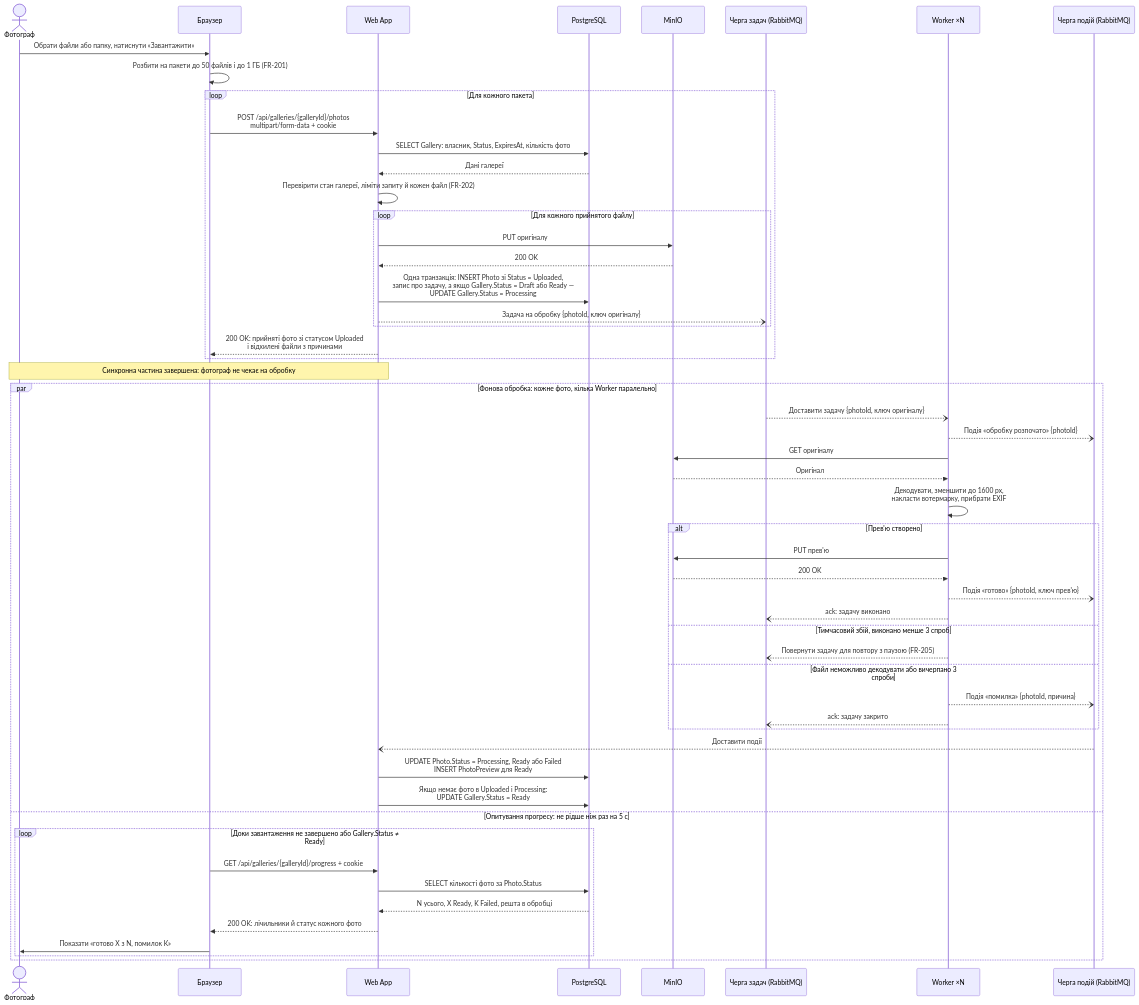
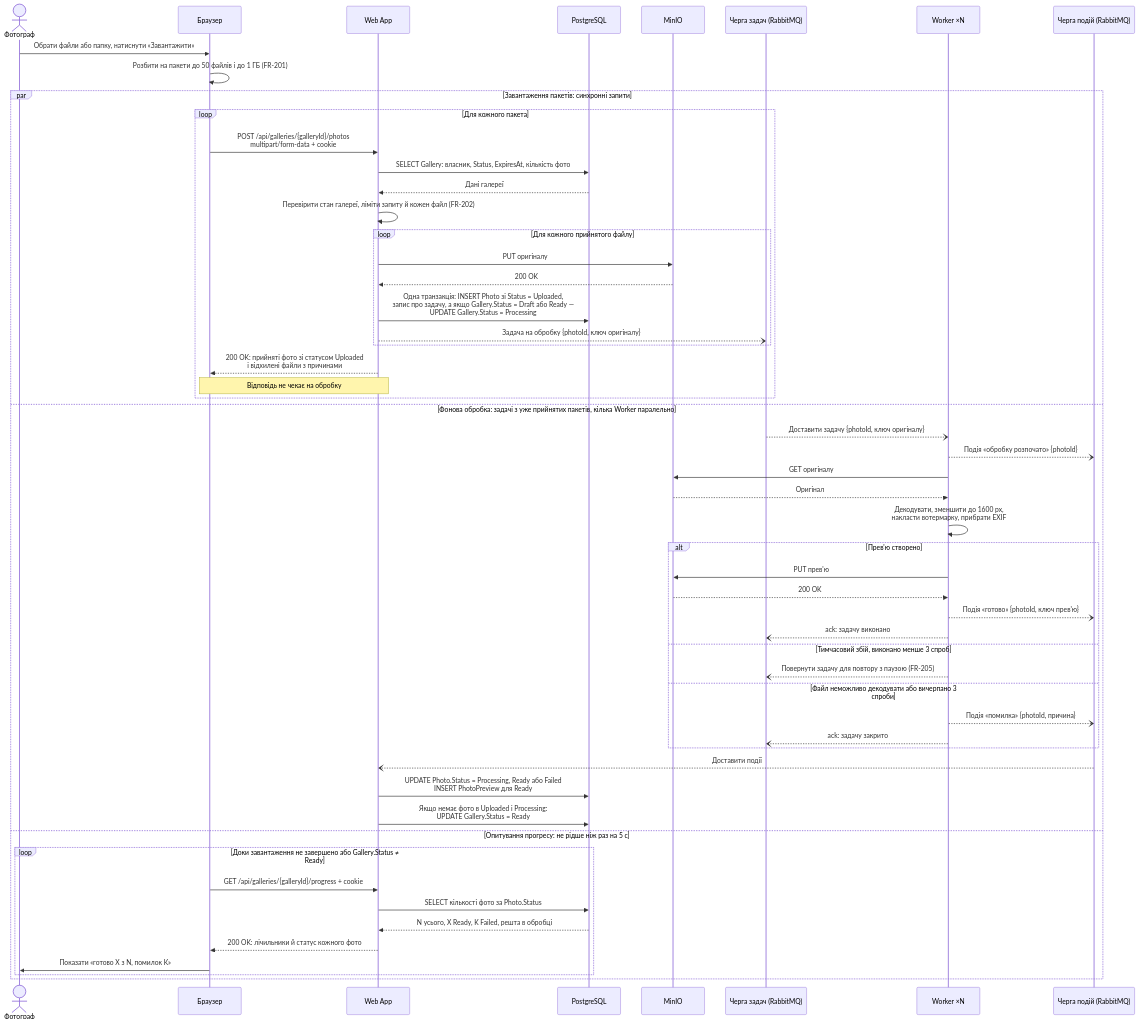
Before and after one commit to alonasaienko/picpick: the diagram in docs/04-architecture/flow-zone-b.md, drawn with Mermaid. The commit also changed other lines of this file, not shown here.

Commit message:
docs(architecture): show upload, processing and polling in parallel

````diff
--- a/docs/04-architecture/flow-zone-b.md
+++ b/docs/04-architecture/flow-zone-b.md
@@ -12,59 +12,59 @@
 ```mermaid
 sequenceDiagram
     actor Photographer as Фотограф
     participant Browser as Браузер
     participant WebApp as Web App
     participant PostgreSQL as PostgreSQL
     participant MinIO as MinIO
     participant Tasks as Черга задач (RabbitMQ)
     participant Worker as Worker ×N
     participant Events as Черга подій (RabbitMQ)
 
     Photographer->>Browser: Обрати файли або папку, натиснути «Завантажити»
     Browser->>Browser: Розбити на пакети до 50 файлів і до 1 ГБ (FR-201)
 
-    loop Для кожного пакета
-        Browser->>WebApp: POST /api/galleries/{galleryId}/photos<br/>multipart/form-data + cookie
-        WebApp->>PostgreSQL: SELECT Gallery: власник, Status, ExpiresAt, кількість фото
-        PostgreSQL-->>WebApp: Дані галереї
-        WebApp->>WebApp: Перевірити стан галереї, ліміти запиту й кожен файл (FR-202)
-        loop Для кожного прийнятого файлу
-            WebApp->>MinIO: PUT оригіналу
-            MinIO-->>WebApp: 200 OK
-            WebApp->>PostgreSQL: Одна транзакція: INSERT Photo зі Status = Uploaded,<br/>запис про задачу, а якщо Gallery.Status = Draft або Ready —<br/>UPDATE Gallery.Status = Processing
-            WebApp--)Tasks: Задача на обробку {photoId, ключ оригіналу}
+    par Завантаження пакетів: синхронні запити
+        loop Для кожного пакета
+            Browser->>WebApp: POST /api/galleries/{galleryId}/photos<br/>multipart/form-data + cookie
+            WebApp->>PostgreSQL: SELECT Gallery: власник, Status, ExpiresAt, кількість фото
+            PostgreSQL-->>WebApp: Дані галереї
+            WebApp->>WebApp: Перевірити стан галереї, ліміти запиту й кожен файл (FR-202)
+            loop Для кожного прийнятого файлу
+                WebApp->>MinIO: PUT оригіналу
+                MinIO-->>WebApp: 200 OK
+                WebApp->>PostgreSQL: Одна транзакція: INSERT Photo зі Status = Uploaded,<br/>запис про задачу, а якщо Gallery.Status = Draft або Ready —<br/>UPDATE Gallery.Status = Processing
+                WebApp--)Tasks: Задача на обробку {photoId, ключ оригіналу}
+            end
+            WebApp-->>Browser: 200 OK: прийняті фото зі статусом Uploaded<br/>і відхилені файли з причинами
+            Note over Browser,WebApp: Відповідь не чекає на обробку
         end
-        WebApp-->>Browser: 200 OK: прийняті фото зі статусом Uploaded<br/>і відхилені файли з причинами
-    end
-    Note over Photographer,WebApp: Синхронна частина завершена: фотограф не чекає на обробку
-
-    par Фонова обробка: кожне фото, кілька Worker паралельно
+    and Фонова обробка: задачі з уже прийнятих пакетів, кілька Worker паралельно
         Tasks--)Worker: Доставити задачу {photoId, ключ оригіналу}
         Worker--)Events: Подія «обробку розпочато» {photoId}
         Worker->>MinIO: GET оригіналу
         MinIO-->>Worker: Оригінал
         Worker->>Worker: Декодувати, зменшити до 1600 px,<br/>накласти вотермарку, прибрати EXIF
         alt Прев'ю створено
             Worker->>MinIO: PUT прев'ю
             MinIO-->>Worker: 200 OK
             Worker--)Events: Подія «готово» {photoId, ключ прев'ю}
             Worker--)Tasks: ack: задачу виконано
         else Тимчасовий збій, виконано менше 3 спроб
             Worker--)Tasks: Повернути задачу для повтору з паузою (FR-205)
         else Файл неможливо декодувати або вичерпано 3 спроби
             Worker--)Events: Подія «помилка» {photoId, причина}
             Worker--)Tasks: ack: задачу закрито
         end
         Events--)WebApp: Доставити події
         WebApp->>PostgreSQL: UPDATE Photo.Status = Processing, Ready або Failed<br/>INSERT PhotoPreview для Ready
         WebApp->>PostgreSQL: Якщо немає фото в Uploaded і Processing:<br/>UPDATE Gallery.Status = Ready
     and Опитування прогресу: не рідше ніж раз на 5 с
         loop Доки завантаження не завершено або Gallery.Status ≠ Ready
             Browser->>WebApp: GET /api/galleries/{galleryId}/progress + cookie
             WebApp->>PostgreSQL: SELECT кількості фото за Photo.Status
             PostgreSQL-->>WebApp: N усього, X Ready, K Failed, решта в обробці
             WebApp-->>Browser: 200 OK: лічильники й статус кожного фото
             Browser->>Photographer: Показати «готово X з N, помилок K»
         end
     end
 ```
````
